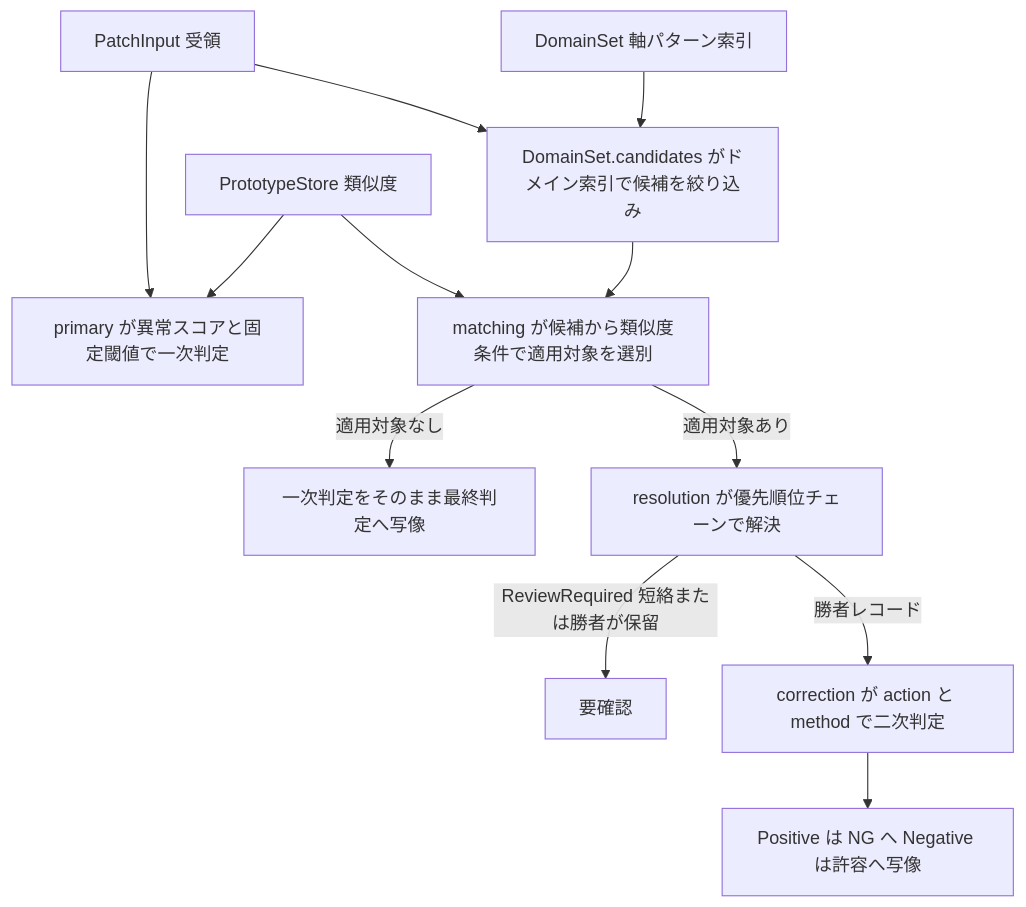
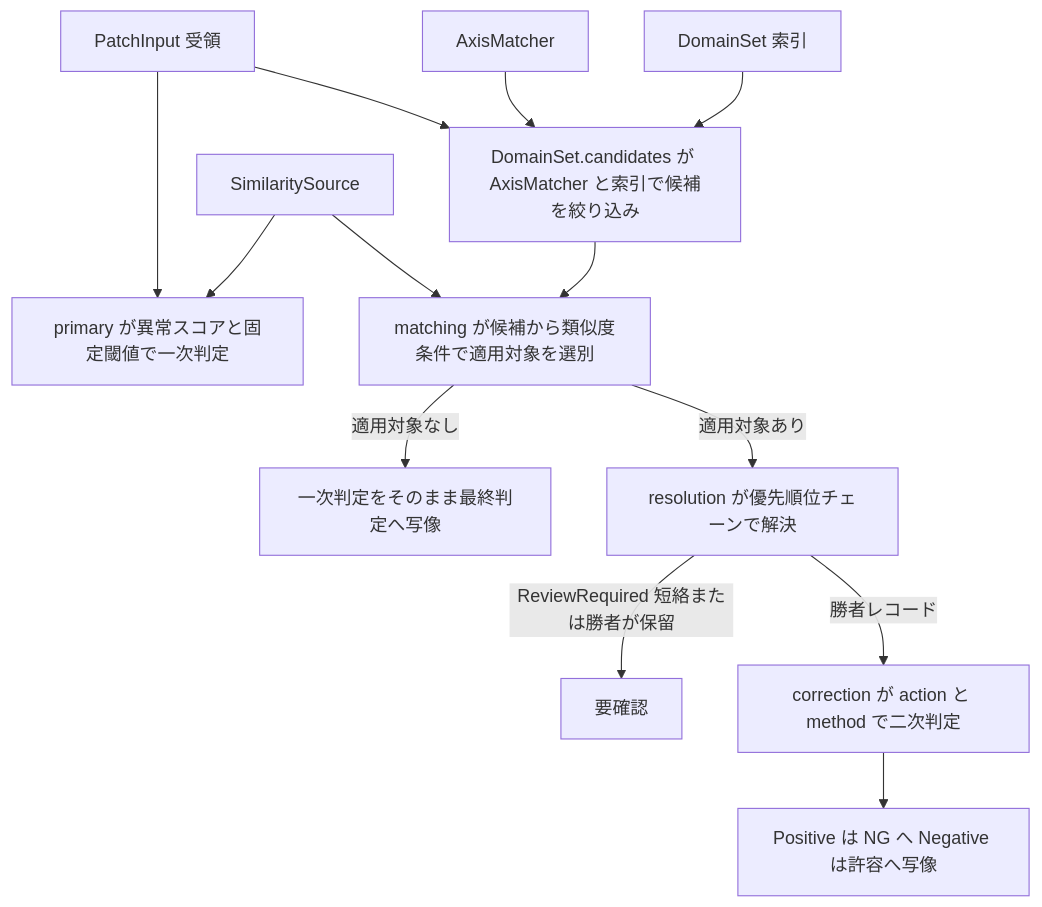
One commit to BFAI-Semicon/Go-Tech_1-3_SSL_Anomaly_Detection changed the second of 2 diagrams in .kiro/specs/promptable-correction-layer/design.md. Above: the diagram before and after it, drawn with Mermaid. The commit also changed other lines of this file and 1 other file, not shown here.

````diff
--- a/.kiro/specs/promptable-correction-layer/design.md
+++ b/.kiro/specs/promptable-correction-layer/design.md
@@ -257,14 +279,15 @@
 ```mermaid
 flowchart TD
     P[PatchInput 受領] --> PJ[primary が異常スコアと固定閾値で一次判定]
-    P --> IX[DomainSet.candidates がドメイン索引で候補を絞り込み]
-    DS[DomainSet 軸パターン索引] --> IX
+    P --> IX[DomainSet.candidates が AxisMatcher と索引で候補を絞り込み]
+    AM[AxisMatcher] --> IX
+    DS[DomainSet 索引] --> IX
     IX --> M[matching が候補から類似度条件で適用対象を選別]
-    ST[PrototypeStore 類似度] --> PJ
+    ST[SimilaritySource] --> PJ
     ST --> M
     M -->|適用対象なし| F0[一次判定をそのまま最終判定へ写像]
     M -->|適用対象あり| R[resolution が優先順位チェーンで解決]
     R -->|ReviewRequired 短絡または勝者が保留| F1[要確認]
     R -->|勝者レコード| C[correction が action と method で二次判定]
     C --> F2[Positive は NG へ Negative は許容へ写像]
 ```
````
